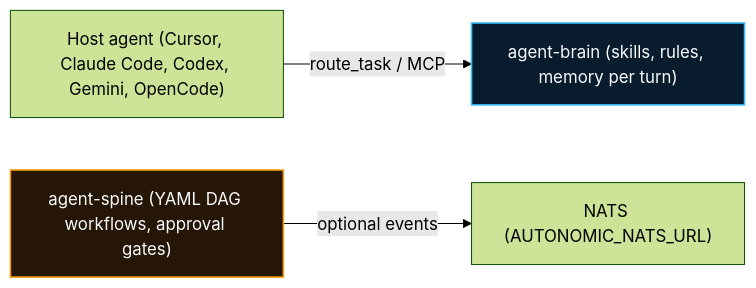
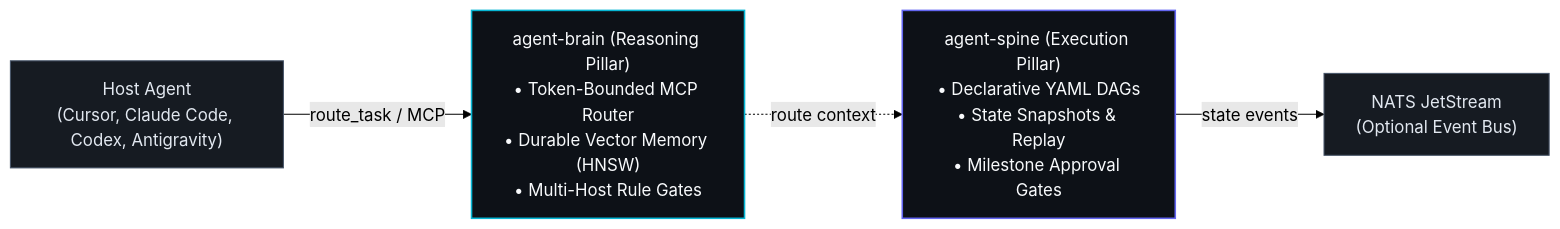
One commit to autonomic-ai-dev/website changed the diagram in src/routes/docs/+page.md. Above: the diagram before and after it, drawn with Mermaid (forest theme). The commit also changed other lines of this file and 43 other files, not shown here.

````diff
--- a/src/routes/docs/+page.md
+++ b/src/routes/docs/+page.md
@@ -12,10 +30,18 @@
 ```mermaid
 flowchart LR
-    Host["Host agent (Cursor, Claude Code, Codex, Gemini, OpenCode)"] -->|route_task / MCP| Brain["agent-brain (skills, rules, memory per turn)"]
-    Spine["agent-spine (YAML DAG workflows, approval gates)"] -->|optional events| Nats["NATS (AUTONOMIC_NATS_URL)"]
+    Host["Host Agent\n(Cursor, Claude Code, Codex, Antigravity)"]
+    Brain["agent-brain (Reasoning Pillar)\n• Token-Bounded MCP Router\n• Durable Vector Memory (HNSW)\n• Multi-Host Rule Gates"]
+    Spine["agent-spine (Execution Pillar)\n• Declarative YAML DAGs\n• State Snapshots & Replay\n• Milestone Approval Gates"]
+    NATS["NATS JetStream\n(Optional Event Bus)"]
 
-    classDef core fill:#081c2e,stroke:#38bdf8,stroke-width:1.5px,color:#f8fafc;
-    classDef exec fill:#261606,stroke:#f59e0b,stroke-width:1.5px,color:#f8fafc;
-    class Brain core;
-    class Spine exec;
+    Host -->|route_task / MCP| Brain
+    Brain -.->|route context| Spine
+    Spine -->|state events| NATS
+
+    classDef brainClass fill:#0d1117,stroke:#06b6d4,stroke-width:1.5px,color:#f8fafc;
+    classDef spineClass fill:#0d1117,stroke:#6366f1,stroke-width:1.5px,color:#f8fafc;
+    classDef hostClass fill:#161b22,stroke:#475569,stroke-width:1px,color:#e2e8f0;
+    class Brain brainClass;
+    class Spine spineClass;
+    class Host,NATS hostClass;
 ```
````
